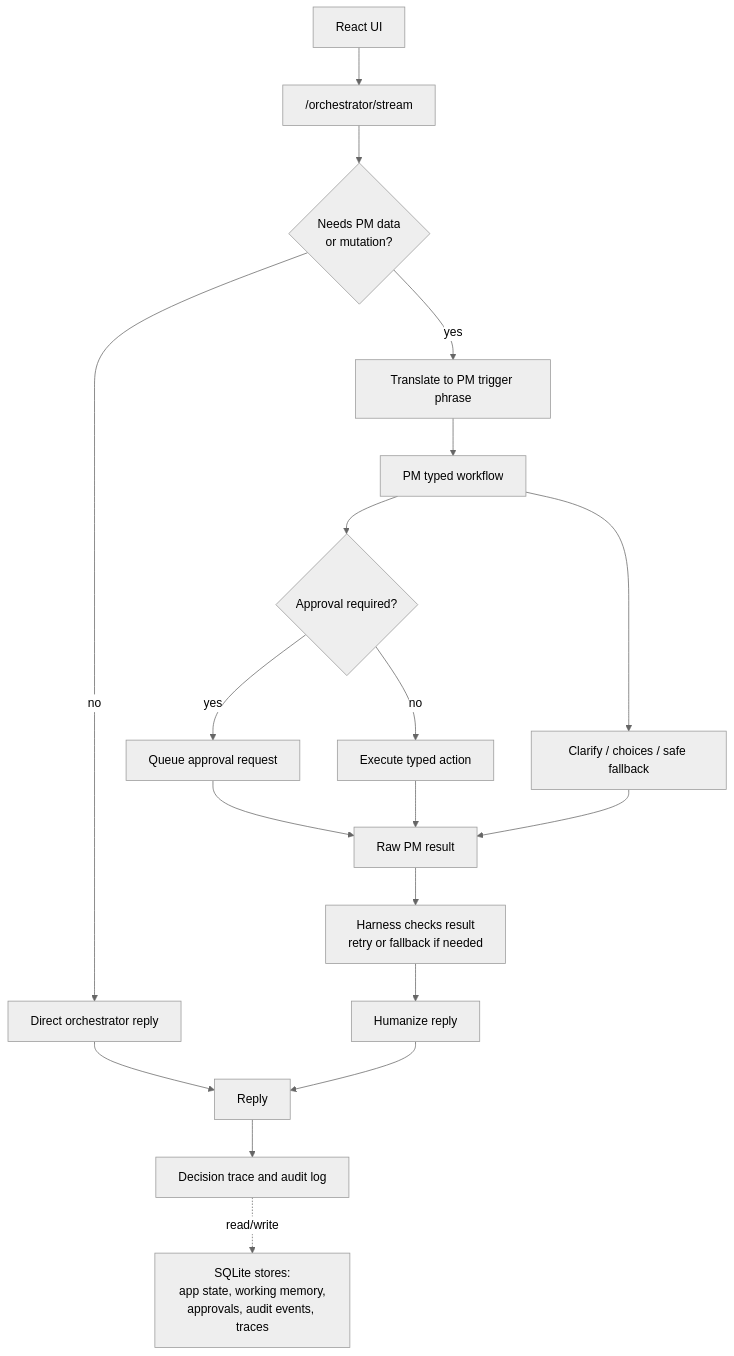
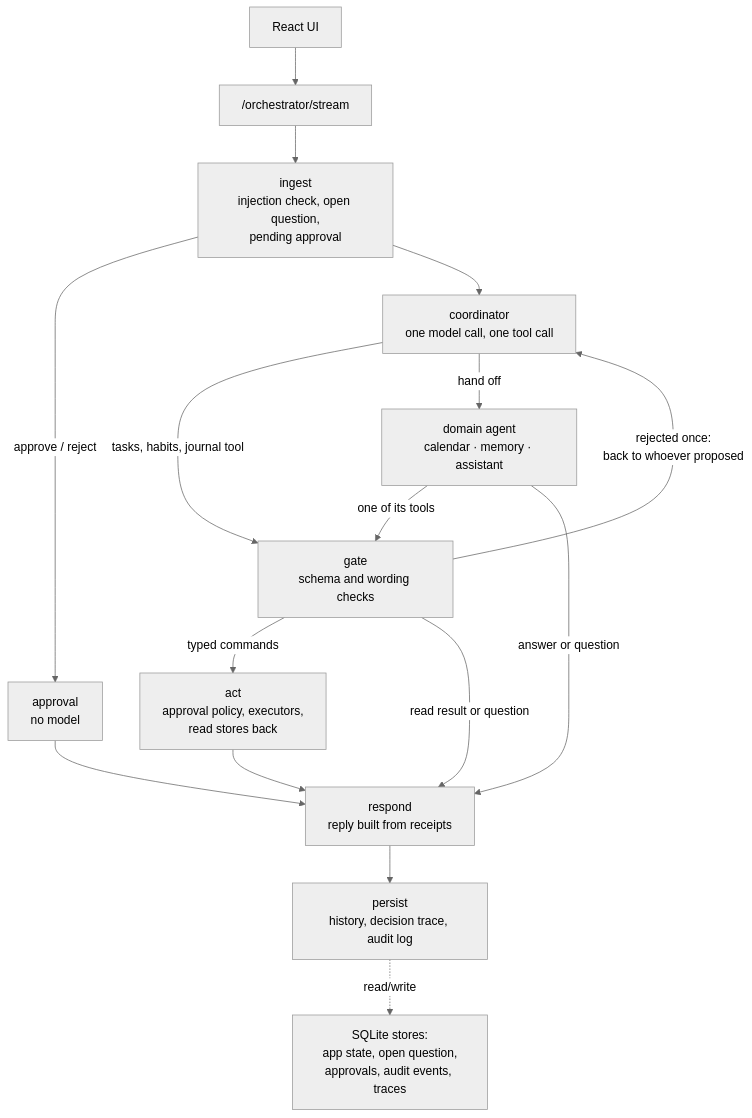
The diagram in README.md (JefferyLiu6/Kairo), drawn with Mermaid (neutral theme) before and after one commit. The commit also changed other lines of this file and 2 other files, not shown here.

First line of the commit message:
Update the README for the agent graph; fix two bugs its demo prompts exposed

````diff
--- a/README.md
+++ b/README.md
@@ -258,21 +268,18 @@
 ```mermaid
 flowchart TD
     A["React UI"] --> B["/orchestrator/stream"]
-    B --> C{"Needs PM data<br/>or mutation?"}
-    C -->|no| D["Direct orchestrator reply"]
-    C -->|yes| E["Translate to PM trigger phrase"]
-    E --> F["PM typed workflow"]
-    F --> G{"Approval required?"}
-    G -->|yes| H["Queue approval request"]
-    G -->|no| I["Execute typed action"]
-    F --> J["Clarify / choices / safe fallback"]
-    H --> K["Raw PM result"]
-    I --> K
-    J --> K
-    K --> L["Harness checks result<br/>retry or fallback if needed"]
-    L --> M["Humanize reply"]
-    D --> N["Reply"]
-    M --> N
-    N --> O["Decision trace and audit log"]
-    O -. read/write .-> DB["SQLite stores:<br/>app state, working memory,<br/>approvals, audit events, traces"]
+    B --> ING["ingest<br/>injection check, open question,<br/>pending approval"]
+    ING -->|"approve / reject"| APP["approval<br/>no model"]
+    ING --> CO["coordinator<br/>one model call, one tool call"]
+    CO -->|"tasks, habits, journal tool"| G["gate<br/>schema and wording checks"]
+    CO -->|"hand off"| AG["domain agent<br/>calendar · memory · assistant"]
+    AG -->|"one of its tools"| G
+    AG -->|"answer or question"| R
+    G -->|"rejected once:<br/>back to whoever proposed"| CO
+    G -->|"typed commands"| ACT["act<br/>approval policy, executors,<br/>read stores back"]
+    G -->|"read result or question"| R["respond<br/>reply built from receipts"]
+    APP --> R
+    ACT --> R
+    R --> P["persist<br/>history, decision trace, audit log"]
+    P -. read/write .-> DB["SQLite stores:<br/>app state, open question,<br/>approvals, audit events, traces"]
 ```
````
